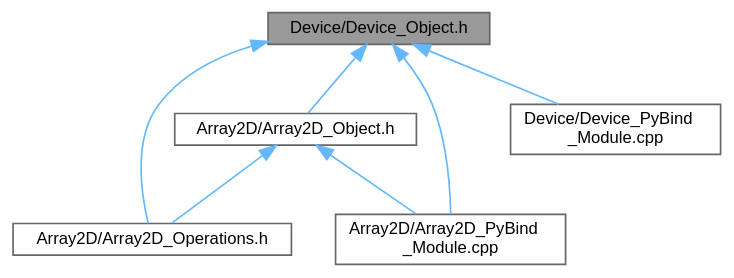
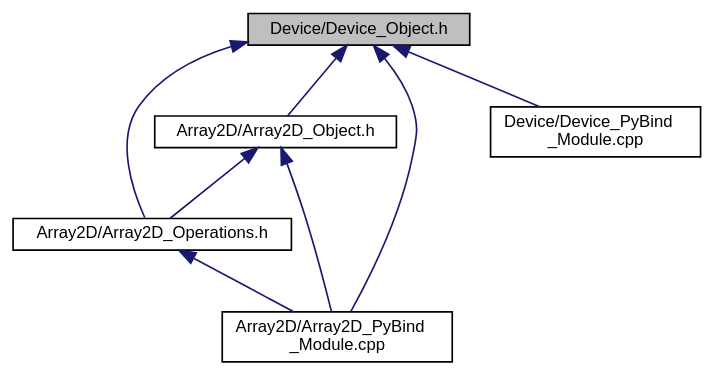
One commit to OsmanAEG/PySYCL changed the diagram in docs/PySYCL_doxygen_html/_device___object_8h__dep__incl.dot. Above: the diagram before and after it, drawn with Graphviz. The commit also changed 129 other files, not shown here.

```diff
--- a/docs/PySYCL_doxygen_html/_device___object_8h__dep__incl.dot
+++ b/docs/PySYCL_doxygen_html/_device___object_8h__dep__incl.dot
@@ -1,19 +1,20 @@
 digraph "Device/Device_Object.h"
 {
  // INTERACTIVE_SVG=YES
  // LATEX_PDF_SIZE
   bgcolor="transparent";
-  edge [fontname=Helvetica,fontsize=10,labelfontname=Helvetica,labelfontsize=10];
-  node [fontname=Helvetica,fontsize=10,shape=box,height=0.2,width=0.4];
-  Node1 [id="Node000001",label="Device/Device_Object.h",height=0.2,width=0.4,color="gray40", fillcolor="grey60", style="filled", fontcolor="black",tooltip="SYCL device selection in PySYCL."];
-  Node1 -> Node2 [id="edge1_Node000001_Node000002",dir="back",color="steelblue1",style="solid",tooltip=" "];
-  Node2 [id="Node000002",label="Array2D/Array2D_Object.h",height=0.2,width=0.4,color="grey40", fillcolor="white", style="filled",URL="$_array2_d___object_8h.html",tooltip="Array2D in PySYCL."];
-  Node2 -> Node3 [id="edge2_Node000002_Node000003",dir="back",color="steelblue1",style="solid",tooltip=" "];
-  Node3 [id="Node000003",label="Array2D/Array2D_Operations.h",height=0.2,width=0.4,color="grey40", fillcolor="white", style="filled",URL="$_array2_d___operations_8h.html",tooltip="Array2D operations in PySYCL. These operations receive two individual arrays and return a single arra..."];
-  Node2 -> Node4 [id="edge3_Node000002_Node000004",dir="back",color="steelblue1",style="solid",tooltip=" "];
-  Node4 [id="Node000004",label="Array2D/Array2D_PyBind\l_Module.cpp",height=0.2,width=0.4,color="grey40", fillcolor="white", style="filled",URL="$_array2_d___py_bind___module_8cpp.html",tooltip="Python module for array2D in PySYCL."];
-  Node1 -> Node3 [id="edge4_Node000001_Node000003",dir="back",color="steelblue1",style="solid",tooltip=" "];
-  Node1 -> Node4 [id="edge5_Node000001_Node000004",dir="back",color="steelblue1",style="solid",tooltip=" "];
-  Node1 -> Node5 [id="edge6_Node000001_Node000005",dir="back",color="steelblue1",style="solid",tooltip=" "];
-  Node5 [id="Node000005",label="Device/Device_PyBind\l_Module.cpp",height=0.2,width=0.4,color="grey40", fillcolor="white", style="filled",URL="$_device___py_bind___module_8cpp.html",tooltip="Python module for device in PySYCL."];
+  edge [fontname="Helvetica",fontsize="10",labelfontname="Helvetica",labelfontsize="10"];
+  node [fontname="Helvetica",fontsize="10",shape=record];
+  Node1 [label="Device/Device_Object.h",height=0.2,width=0.4,color="black", fillcolor="grey75", style="filled", fontcolor="black",tooltip="Device object for device selection in PySYCL."];
+  Node1 -> Node2 [dir="back",color="midnightblue",fontsize="10",style="solid",fontname="Helvetica"];
+  Node2 [label="Array2D/Array2D_Object.h",height=0.2,width=0.4,color="black",URL="$_array2_d___object_8h.html",tooltip="Array2D in PySYCL."];
+  Node2 -> Node3 [dir="back",color="midnightblue",fontsize="10",style="solid",fontname="Helvetica"];
+  Node3 [label="Array2D/Array2D_Operations.h",height=0.2,width=0.4,color="black",URL="$_array2_d___operations_8h.html",tooltip="Array2D operations in PySYCL. These operations receive two individual arrays and return a single arra..."];
+  Node3 -> Node4 [dir="back",color="midnightblue",fontsize="10",style="solid",fontname="Helvetica"];
+  Node4 [label="Array2D/Array2D_PyBind\l_Module.cpp",height=0.2,width=0.4,color="black",URL="$_array2_d___py_bind___module_8cpp.html",tooltip="Python module for array2D in PySYCL."];
+  Node2 -> Node4 [dir="back",color="midnightblue",fontsize="10",style="solid",fontname="Helvetica"];
+  Node1 -> Node3 [dir="back",color="midnightblue",fontsize="10",style="solid",fontname="Helvetica"];
+  Node1 -> Node4 [dir="back",color="midnightblue",fontsize="10",style="solid",fontname="Helvetica"];
+  Node1 -> Node5 [dir="back",color="midnightblue",fontsize="10",style="solid",fontname="Helvetica"];
+  Node5 [label="Device/Device_PyBind\l_Module.cpp",height=0.2,width=0.4,color="black",URL="$_device___py_bind___module_8cpp.html",tooltip="Python module for device in PySYCL."];
 }
```
